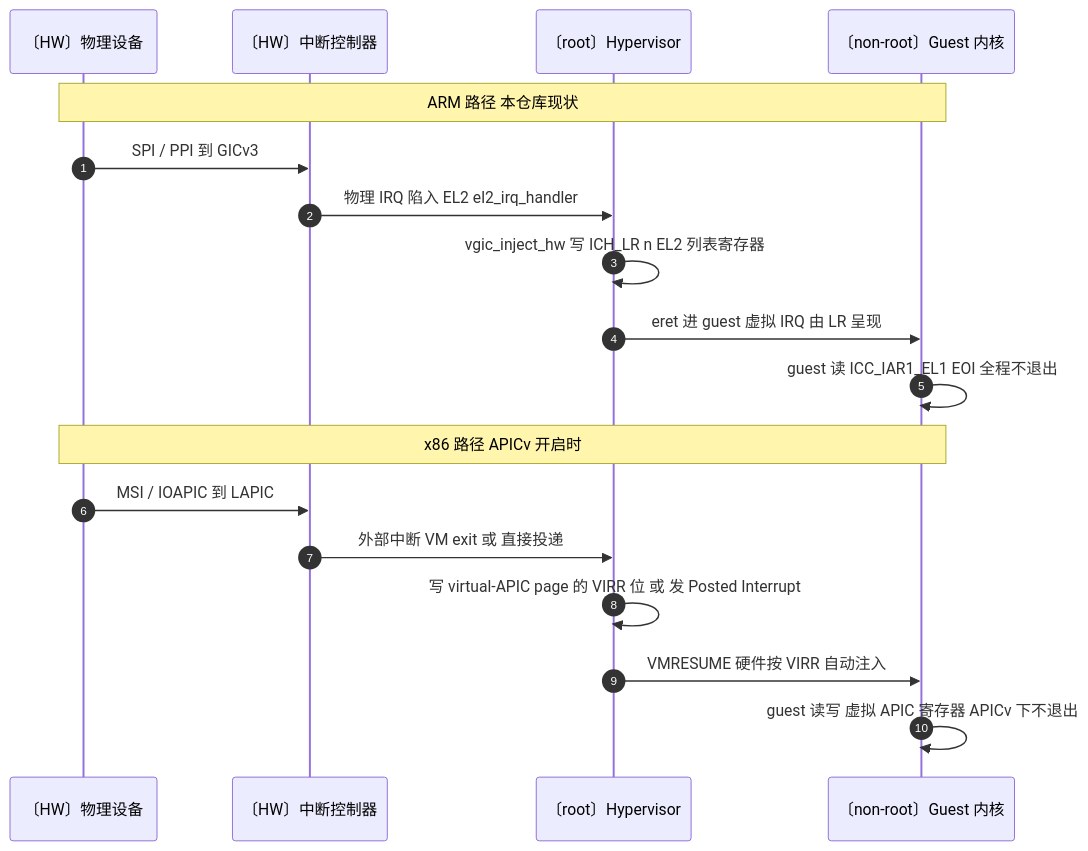
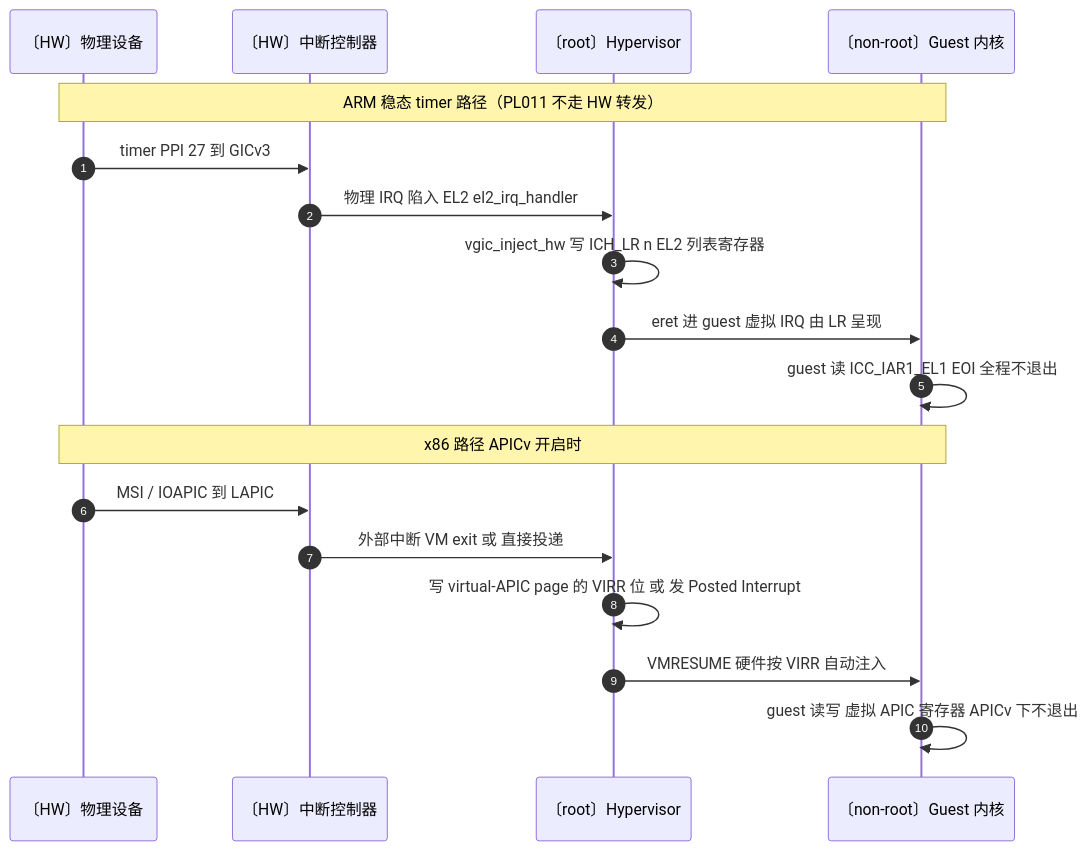
One commit to James7zy/hypervisor changed the fourth of 6 diagrams in docs/reference/x86/architecture-x86.md. Above: the diagram before and after it, drawn with Mermaid. The commit also changed other lines of this file and 14 other files, not shown here.

First line of the commit message:
[docs][docs] architecture: Refresh guidance after boundary extraction

````diff
--- a/docs/reference/x86/architecture-x86.md
+++ b/docs/reference/x86/architecture-x86.md
@@ -281,22 +284,22 @@
 ```mermaid
 sequenceDiagram
     autonumber
     participant DEV as 〔HW〕物理设备
     participant IC as 〔HW〕中断控制器
     participant HV as 〔root〕Hypervisor
     participant G as 〔non-root〕Guest 内核
 
-    Note over DEV,G: ARM 路径 本仓库现状
-    DEV->>IC: SPI / PPI 到 GICv3
+    Note over DEV,G: ARM 稳态 timer 路径（PL011 不走 HW 转发）
+    DEV->>IC: timer PPI 27 到 GICv3
     IC->>HV: 物理 IRQ 陷入 EL2 el2_irq_handler
     HV->>HV: vgic_inject_hw 写 ICH_LR n EL2 列表寄存器
     HV->>G: eret 进 guest 虚拟 IRQ 由 LR 呈现
     G->>G: guest 读 ICC_IAR1_EL1 EOI 全程不退出
 
     Note over DEV,G: x86 路径 APICv 开启时
     DEV->>IC: MSI / IOAPIC 到 LAPIC
     IC->>HV: 外部中断 VM exit 或 直接投递
     HV->>HV: 写 virtual-APIC page 的 VIRR 位 或 发 Posted Interrupt
     HV->>G: VMRESUME 硬件按 VIRR 自动注入
     G->>G: guest 读写 虚拟 APIC 寄存器 APICv 下不退出
 ```
````
